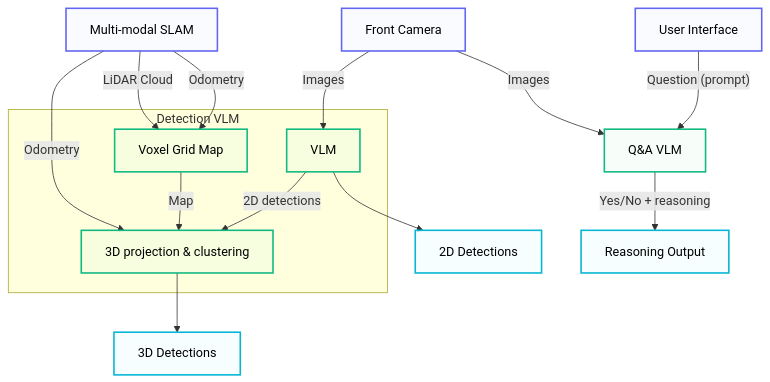
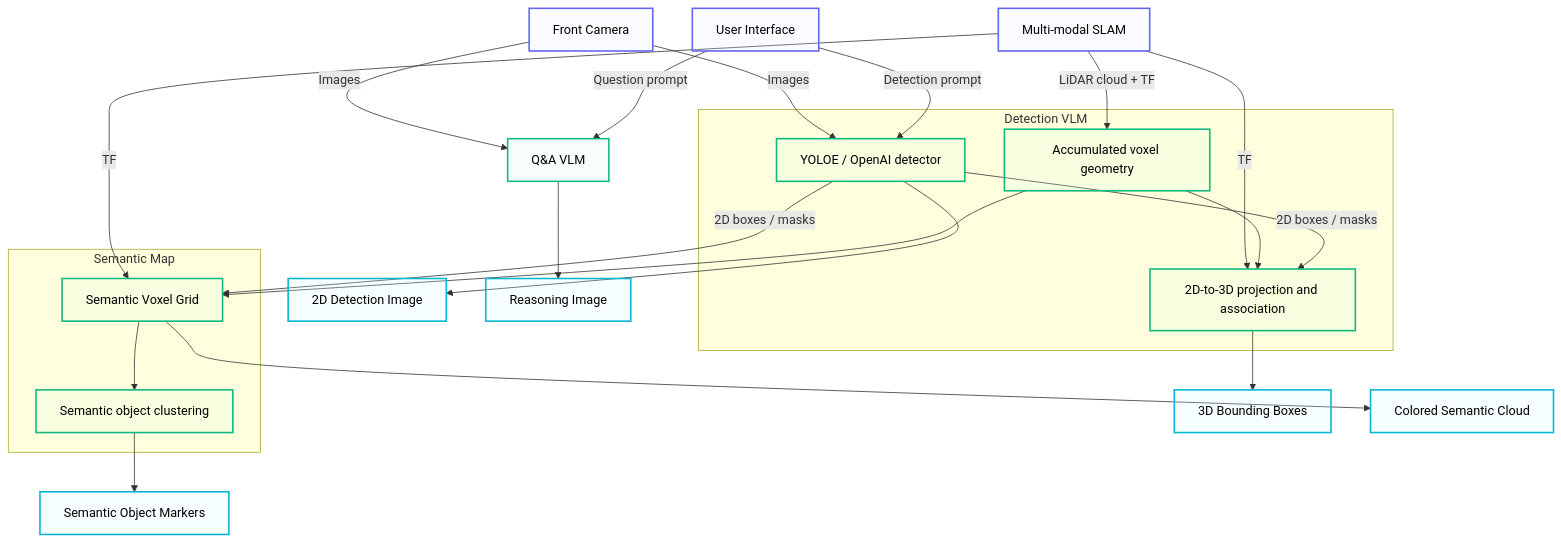
The diagram in docs/vlm.md (ntnu-arl/unified_autonomy_stack), drawn with Mermaid before and after one commit. The commit also changed other lines of this file, not shown here.

First line of the commit message:
Add vlm-based semantic map documentation

````diff
--- a/docs/vlm.md
+++ b/docs/vlm.md
@@ -26,42 +25,54 @@
 ```mermaid
 graph TB
 
     FC["Front Camera"]
-	SLAM["Multi-modal SLAM"]
-
-	Q&AVLM["Q&A VLM"]
-
-	subgraph Detection VLM
-		VoxelGrid["Voxel Grid Map"]
-		VLM["VLM"]
-        3D["3D projection & clustering"]
-	end
-
+    SLAM["Multi-modal SLAM"]
     UI["User Interface"]
 
-    2DDets["2D Detections"]
-    3DDets["3D Detections"]
-    ReasonOutput["Reasoning Output"]
+    subgraph Detection["Detection VLM"]
+        Detector["YOLOE / OpenAI detector"]
+        GeometryMap["Accumulated voxel geometry"]
+        Projection3D["2D-to-3D projection and association"]
+    end
 
-	SLAM -->|"LiDAR Cloud"| VoxelGrid
-	SLAM -->|"Odometry"| VoxelGrid
-	SLAM -->|"Odometry"| 3D
-    FC -->|"Images"| VLM
-    FC -->|"Images"| Q&AVLM
-    VoxelGrid -->|"Map"| 3D
-    VLM -->|"2D detections"| 3D
-    UI -->|"Question (prompt)"| Q&AVLM
-    VLM --> 2DDets
-    3D --> 3DDets
-    Q&AVLM -->|"Yes/No + reasoning"| ReasonOutput
+    subgraph SemanticMap["Semantic Map"]
+        SemanticUpdater["Semantic Voxel Grid"]
+        ObjectClusters["Semantic object clustering"]
+    end
 
+    QAVLM["Q&A VLM"]
 
-	classDef input fill:#e0e7ff30,stroke:#6366f1,stroke-width:2px,color:#000
-	classDef frontend fill:#fef3c730,stroke:#eab308,stroke-width:2px,color:#000
+    Dets2D["2D Detection Image"]
+    Dets3D["3D Bounding Boxes"]
+    SemanticCloud["Colored Semantic Cloud"]
+    SemanticObjects["Semantic Object Markers"]
+    ReasonOutput["Reasoning Image"]
+
+    FC -->|"Images"| Detector
+    FC -->|"Images"| QAVLM
+    SLAM -->|"LiDAR cloud + TF"| GeometryMap
+    SLAM -->|"TF"| Projection3D
+    SLAM -->|"TF"| SemanticUpdater
+    UI -->|"Detection prompt"| Detector
+    UI -->|"Question prompt"| QAVLM
+
+    GeometryMap --> Projection3D
+    Detector -->|"2D boxes / masks"| Projection3D
+    Detector -->|"2D boxes / masks"| SemanticUpdater
+    GeometryMap --> SemanticUpdater
+    SemanticUpdater --> ObjectClusters
+
+    Detector --> Dets2D
+    Projection3D --> Dets3D
+    SemanticUpdater --> SemanticCloud
+    ObjectClusters --> SemanticObjects
+    QAVLM --> ReasonOutput
+
+    classDef input fill:#e0e7ff30,stroke:#6366f1,stroke-width:2px,color:#000
     classDef backend fill:#d1fae530,stroke:#10b981,stroke-width:2px,color:#000
-	classDef output fill:#cffafe30,stroke:#06b6d4,stroke-width:2px,color:#000
+    classDef output fill:#cffafe30,stroke:#06b6d4,stroke-width:2px,color:#000
 
-	class SLAM,FC,UI input
-	class VLM,VoxelGrid,Q&AVLM,3D backend
-	class 2DDets,3DDets,ReasonOutput output
+    class SLAM,FC,UI input
+    class Detector,GeometryMap,Projection3D,SemanticUpdater,ObjectClusters,QAVLM backend
+    class Dets2D,Dets3D,SemanticCloud,SemanticObjects,ReasonOutput output
 ```
````
